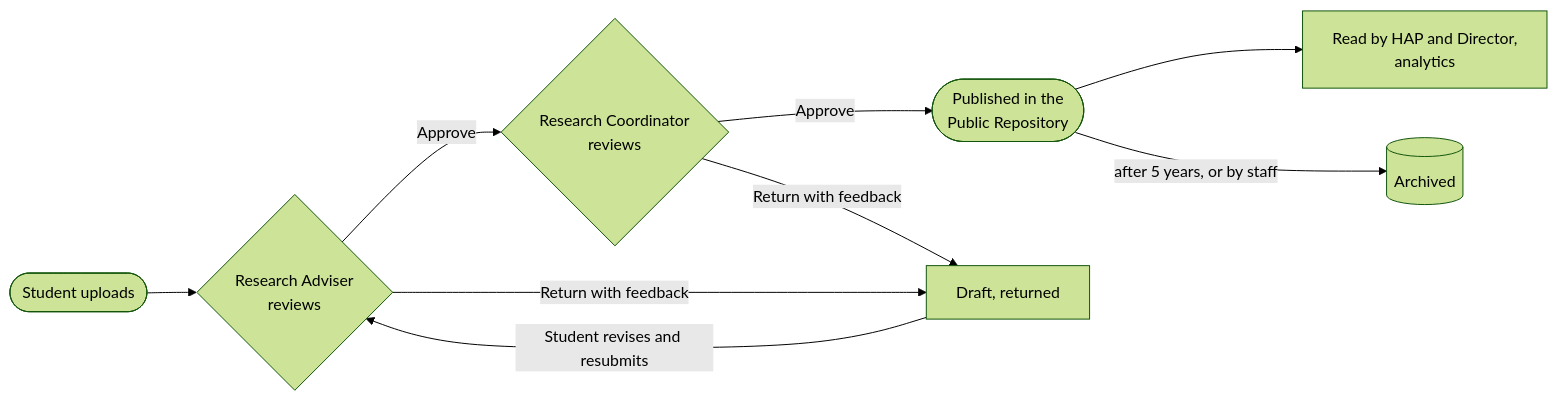
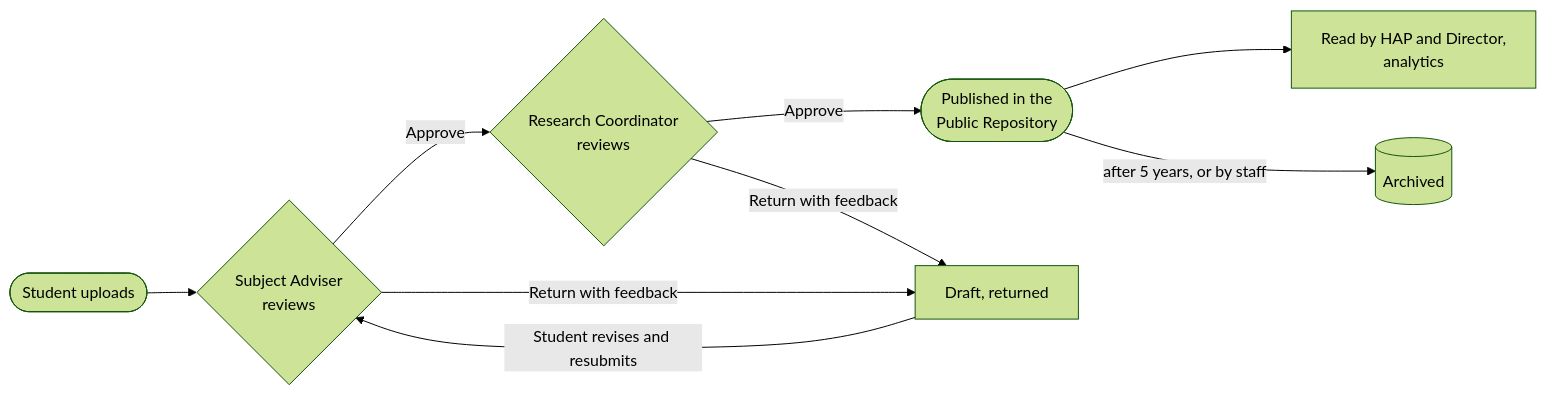
The second of 8 diagrams in docs/PAPEL_System_Overview.md (Sebasty28/papel-research-archving-system), drawn with Mermaid (forest theme) before and after one commit. The commit also changed other lines of this file and 45 other files, not shown here.

First line of the commit message:
Subject Adviser, a second post per person, and the import's locked rows

````diff
--- a/docs/PAPEL_System_Overview.md
+++ b/docs/PAPEL_System_Overview.md
@@ -443,11 +443,11 @@
 ```mermaid
 flowchart LR
-    S([Student uploads]) --> F{Research Adviser<br/>reviews}
+    S([Student uploads]) --> F{Subject Adviser<br/>reviews}
     F -- Approve --> C{Research Coordinator<br/>reviews}
     F -- Return with feedback --> D[Draft, returned]
     C -- Approve --> P([Published in the<br/>Public Repository])
     C -- Return with feedback --> D
     D -- Student revises and resubmits --> F
     P --> R[Read by HAP and Director,<br/>analytics]
     P -- after 5 years, or by staff --> A[(Archived)]
 ```
````
